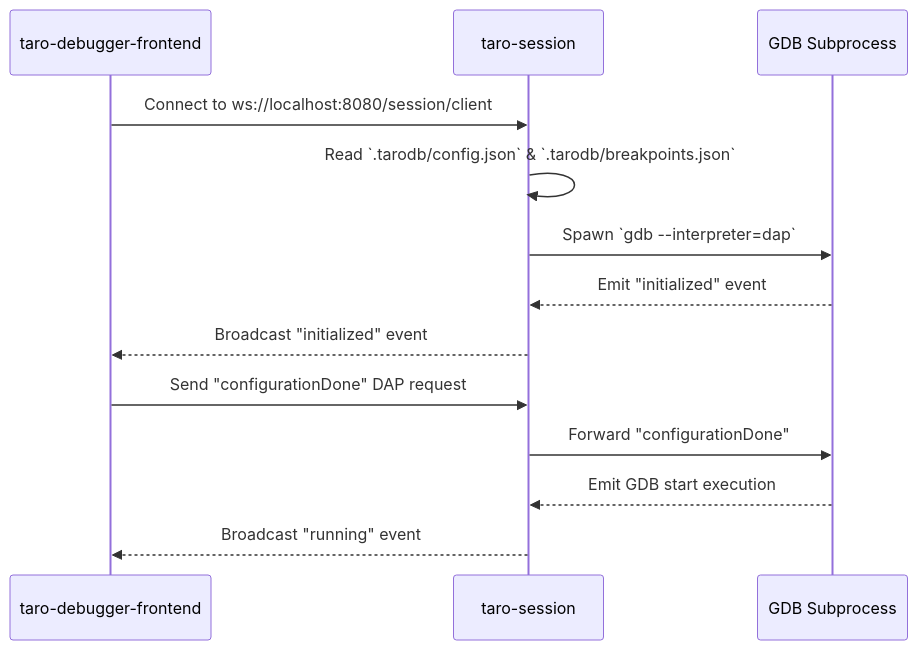
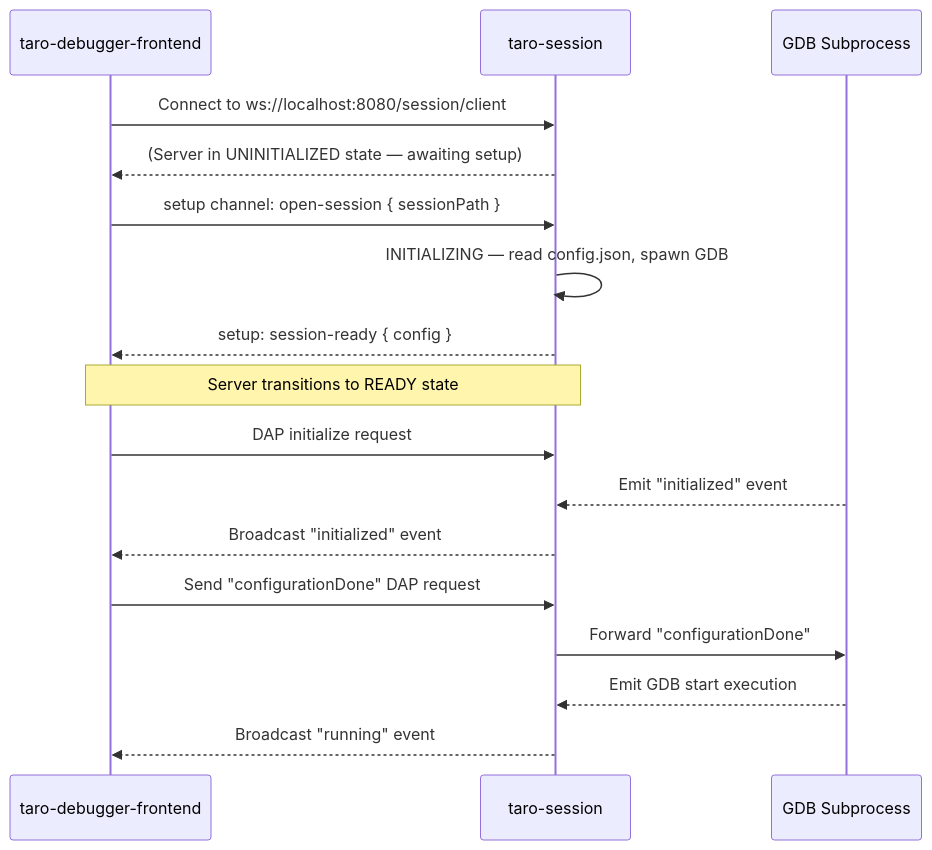
One commit to tangpo387-arch/taro-debugger changed the second of 2 diagrams in docs/architecture.md. Above: the diagram before and after it, drawn with Mermaid. The commit also changed other lines of this file and 20 other files, not shown here.

Commit message:
feat: implement session setup handshake protocol and add session path configuration

````diff
--- a/docs/architecture.md
+++ b/docs/architecture.md
@@ -100,16 +102,20 @@
 ```mermaid
 sequenceDiagram
     participant FE as taro-debugger-frontend
     participant TS as taro-session
     participant GDB as GDB Subprocess
 
     FE->>TS: Connect to ws://localhost:8080/session/client
-    TS->>TS: Read `.tarodb/config.json` & `.tarodb/breakpoints.json`
-    TS->>GDB: Spawn `gdb --interpreter=dap`
+    TS-->>FE: (Server in UNINITIALIZED state — awaiting setup)
+    FE->>TS: setup channel: open-session { sessionPath }
+    TS->>TS: INITIALIZING — read config.json, spawn GDB
+    TS-->>FE: setup: session-ready { config }
+    Note over FE,TS: Server transitions to READY state
+    FE->>TS: DAP initialize request
     GDB-->>TS: Emit "initialized" event
     TS-->>FE: Broadcast "initialized" event
     FE->>TS: Send "configurationDone" DAP request
     TS->>GDB: Forward "configurationDone"
     GDB-->>TS: Emit GDB start execution
     TS-->>FE: Broadcast "running" event
 ```
````
